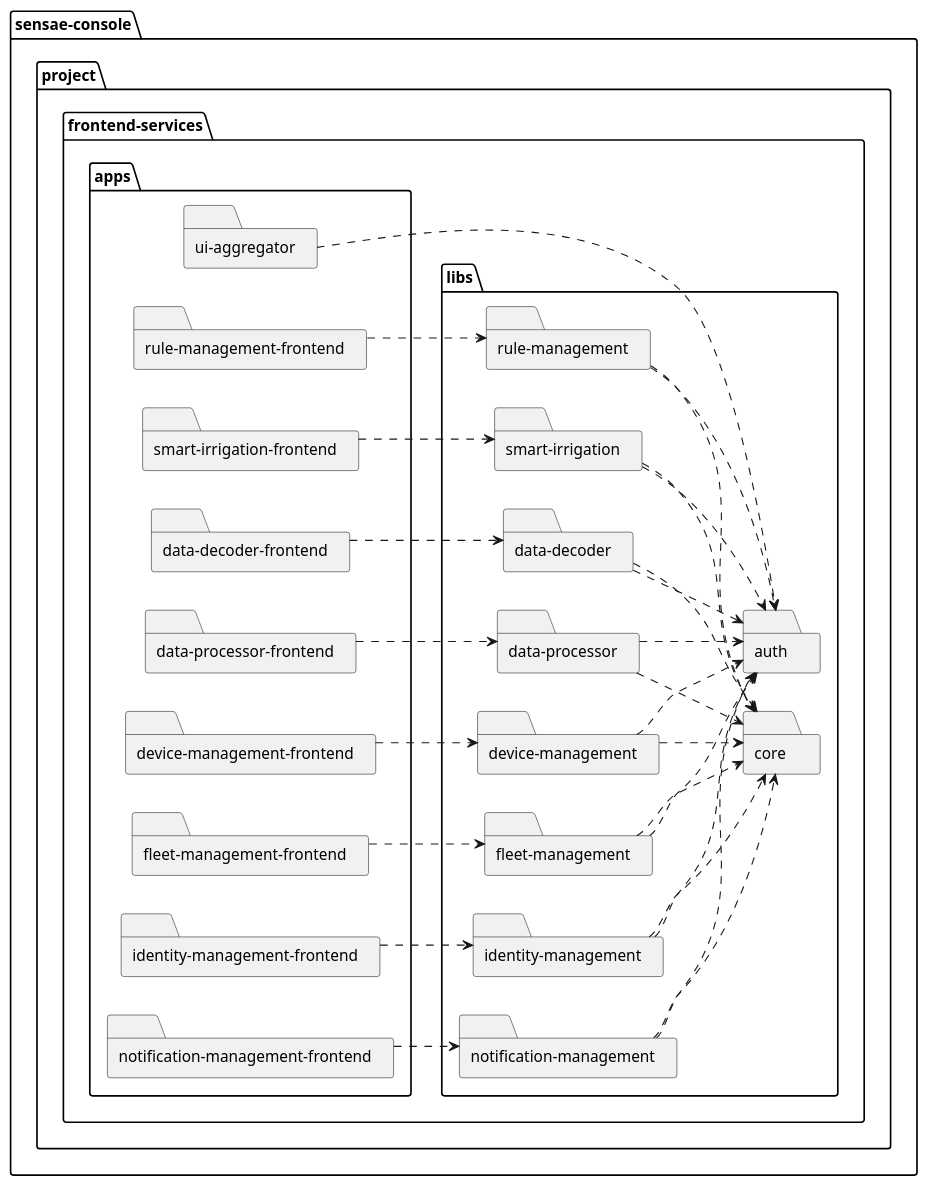
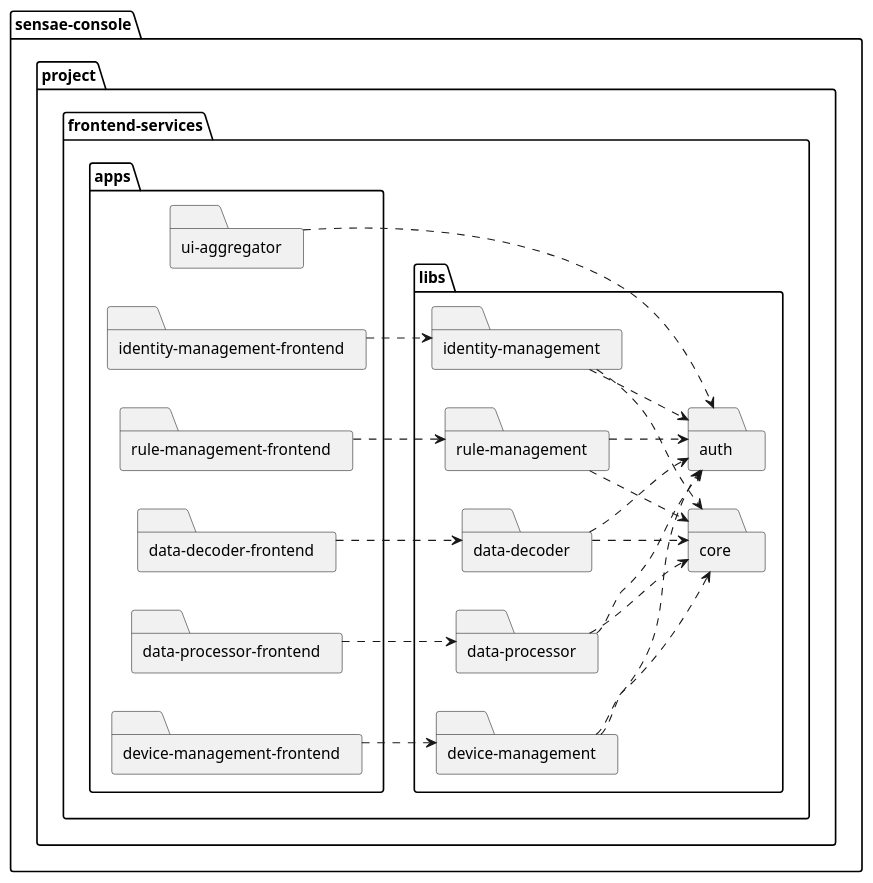
One commit to FilipeMCruz/dissertation changed the diagram in assets/diagrams/design/architectural/level2/development/frontend.pu. Above: the diagram before and after it, drawn with PlantUML. The commit also changed 264 other files, not shown here.

```diff
--- a/assets/diagrams/design/architectural/level2/development/frontend.pu
+++ b/assets/diagrams/design/architectural/level2/development/frontend.pu
@@ -1,64 +1,49 @@
 @startuml frontend
 
 left to right direction
 
 skinparam groupInheritance 2
 
 folder "sensae-console" {
     folder "project" {
         folder "frontend-services" {
             folder "apps" as a {
                 folder "data-decoder-frontend" as a1
                 folder "data-processor-frontend" as a2
                 folder "device-management-frontend" as a3
-                folder "fleet-management-frontend" as a4
                 folder "identity-management-frontend" as a5
-                folder "notification-management-frontend" as a6
                 folder "rule-management-frontend" as a7
-                folder "smart-irrigation-frontend" as a8
                 folder "ui-aggregator" as a9
             }
-            folder "libs" as b{
+            folder "libs" as b {
                 folder "data-decoder" as b1
                 folder "data-processor" as b2
                 folder "device-management" as b3
-                folder "fleet-management" as b4
                 folder "identity-management" as b5
-                folder "notification-management" as b6
                 folder "rule-management" as b9
-                folder "smart-irrigation" as b10
                 folder "auth" as b7
                 folder "core" as b8
             }   
             a1 ..> b1
             a2 ..> b2
             a3 ..> b3
-            a4 ..> b4
             a5 ..> b5
-            a6 ..> b6
             a7 ..> b9
-            a8 ..> b10
 
             a9 ..> b7
 
             b1 ..> b7
             b1 ..> b8
             b2 ..> b7
             b2 ..> b8
             b3 ..> b7
             b3 ..> b8
-            b4 ..> b7
-            b4 ..> b8
             b5 ..> b7
             b5 ..> b8
-            b6 ..> b7
-            b6 ..> b8
             b9 ..> b7
             b9 ..> b8
-            b10 ..> b7
-            b10 ..> b8
         }
     }
 }
 
 @enduml
```
